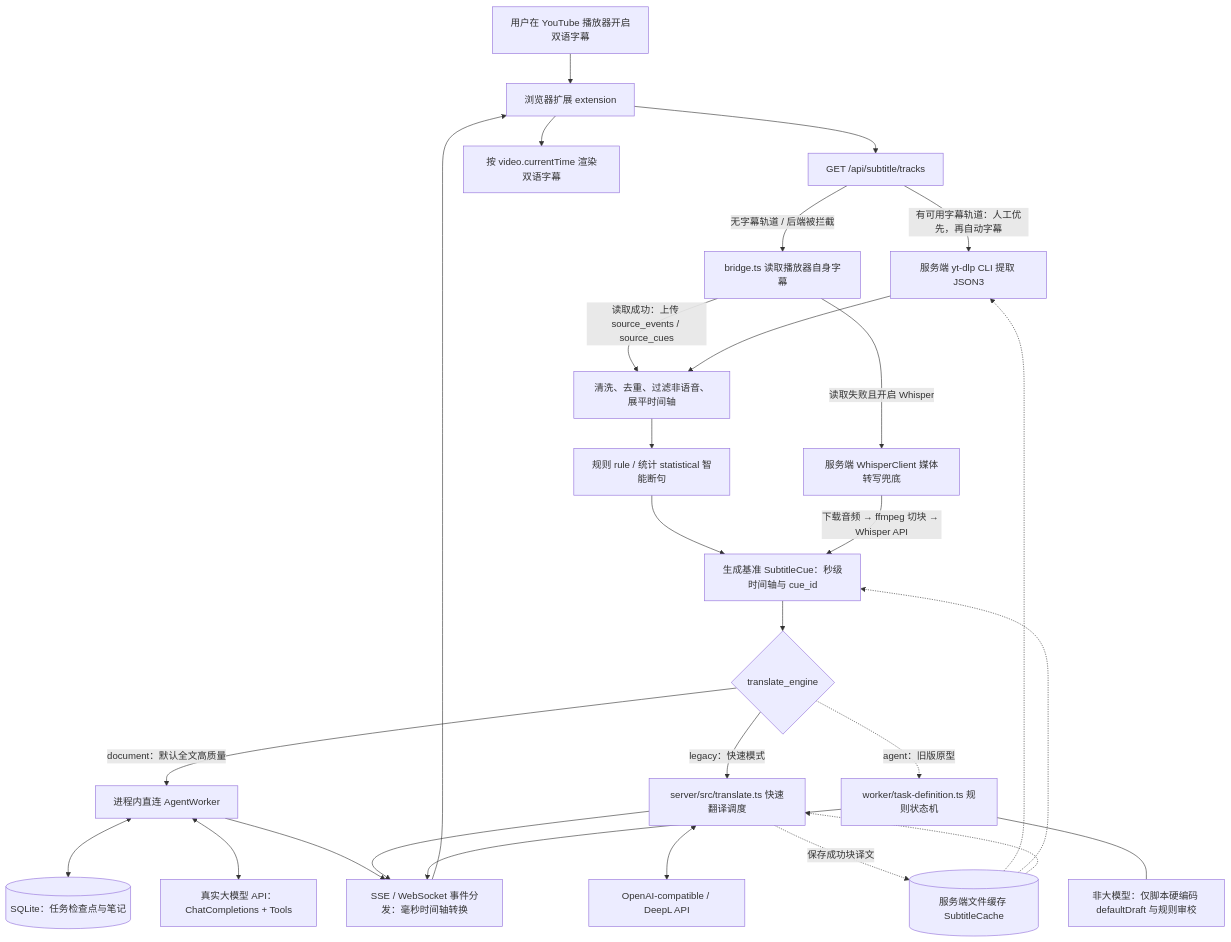
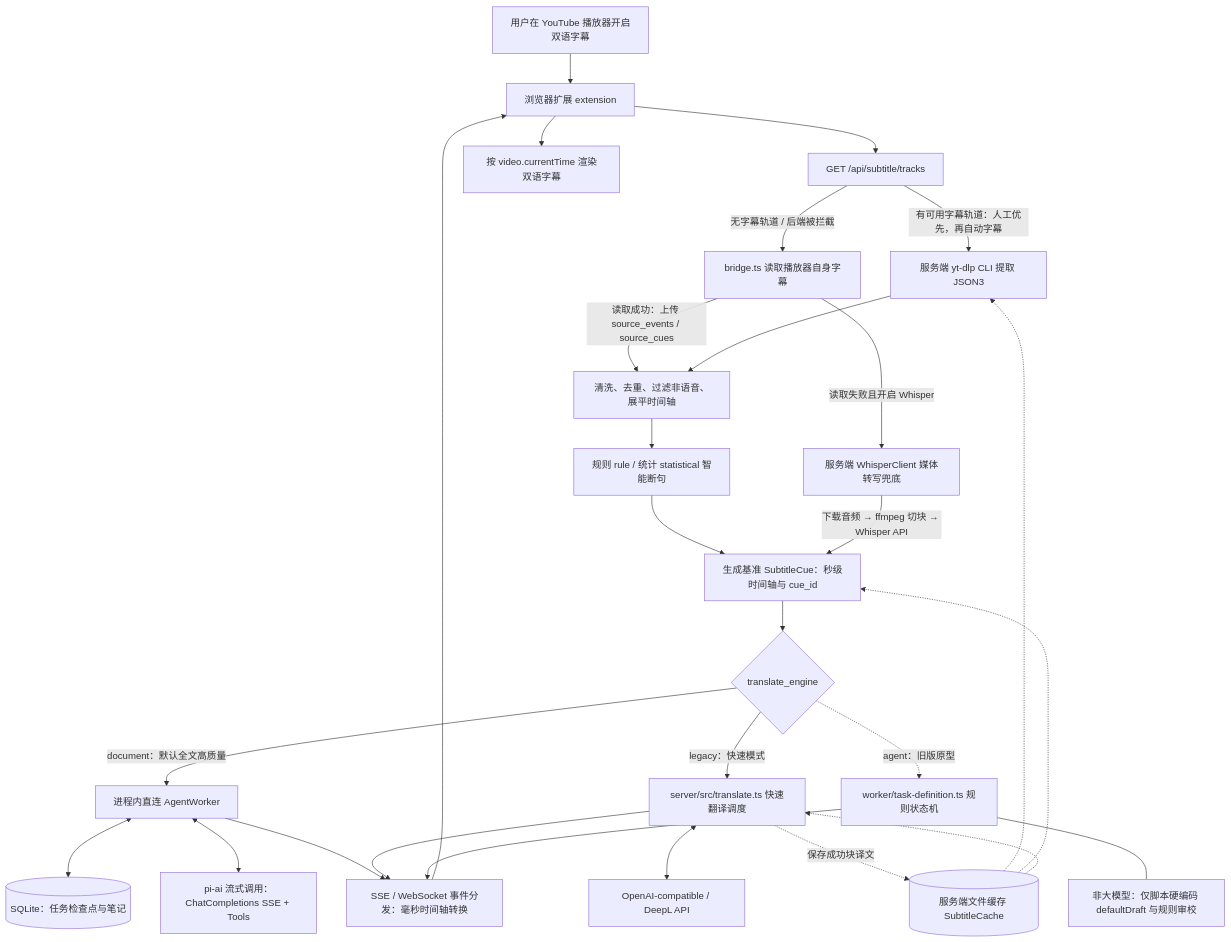
One commit to midastruth/youtube-translator changed the first of 2 diagrams in docs/translation-architecture.md. Above: the diagram before and after it, drawn with Mermaid. The commit also changed other lines of this file and 10 other files, not shown here.

````diff
--- a/docs/translation-architecture.md
+++ b/docs/translation-architecture.md
@@ -11,36 +11,36 @@
 ```mermaid
 flowchart TD
     U[用户在 YouTube 播放器开启双语字幕] --> E[浏览器扩展 extension]
     E --> T[GET /api/subtitle/tracks]
     T -->|有可用字幕轨道：人工优先，再自动字幕| Y[服务端 yt-dlp CLI 提取 JSON3]
     T -->|无字幕轨道 / 后端被拦截| B[bridge.ts 读取播放器自身字幕]
     B -->|读取成功：上传 source_events / source_cues| P[清洗、去重、过滤非语音、展平时间轴]
     Y --> P
     P --> S[规则 rule / 统计 statistical 智能断句]
     S --> C[生成基准 SubtitleCue：秒级时间轴与 cue_id]
     B -->|读取失败且开启 Whisper| W[服务端 WhisperClient 媒体转写兜底]
     W -->|下载音频 → ffmpeg 切块 → Whisper API| C
     
     C --> Q{translate_engine}
     
     Q -->|document：默认全文高质量| DW[进程内直连 AgentWorker]
     DW <--> DB[(SQLite：任务检查点与笔记)]
-    DW <--> LLM[真实大模型 API：ChatCompletions + Tools]
+    DW <--> LLM[pi-ai 流式调用：ChatCompletions SSE + Tools]
     
     Q -->|legacy：快速模式| L[server/src/translate.ts 快速翻译调度]
     L <--> API[OpenAI-compatible / DeepL API]
     
     Q -.->|agent：旧版原型| AG[worker/task-definition.ts 规则状态机]
     AG --- NOTE[非大模型：仅脚本硬编码 defaultDraft 与规则审校]
     
     DW --> SSE[SSE / WebSocket 事件分发：毫秒时间轴转换]
     L --> SSE
     AG --> SSE
     SSE --> E
     E --> R[按 video.currentTime 渲染双语字幕]
     
     FC[(服务端文件缓存 SubtitleCache)] -.-> Y
     FC -.-> C
     FC -.-> L
     L -.->|保存成功块译文| FC
 ```
````
